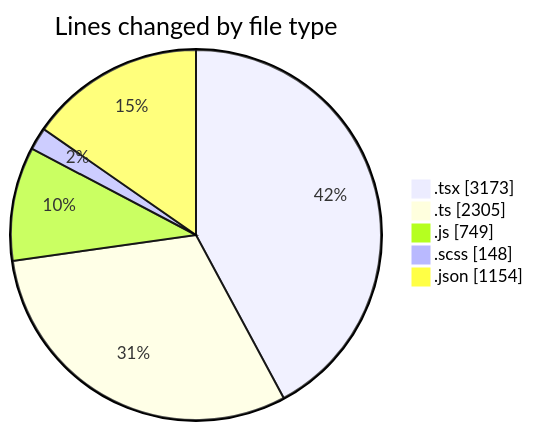
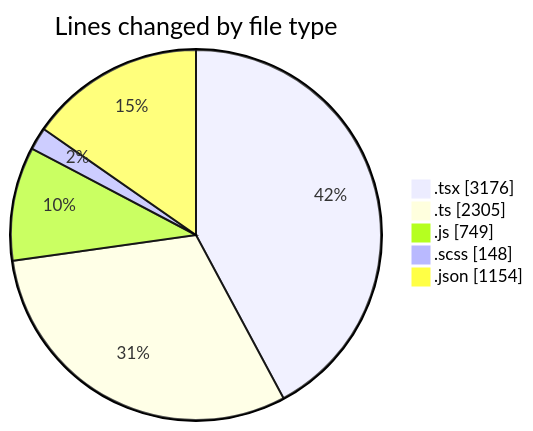
One commit to momahboobian/code-tracking changed the first of 2 diagrams in 2026-06-15/cda/README.md. Above: the diagram before and after it, drawn with Mermaid. The commit also changed other lines of this file and 1 other file, not shown here.

````diff
--- a/2026-06-15/cda/README.md
+++ b/2026-06-15/cda/README.md
@@ -62,9 +62,9 @@
 ```mermaid
 pie showData
 title Lines changed by file type
-".tsx" : 3173
+".tsx" : 3176
 ".ts" : 2305
 ".js" : 749
 ".scss" : 148
 ".json" : 1154
 ```
````
